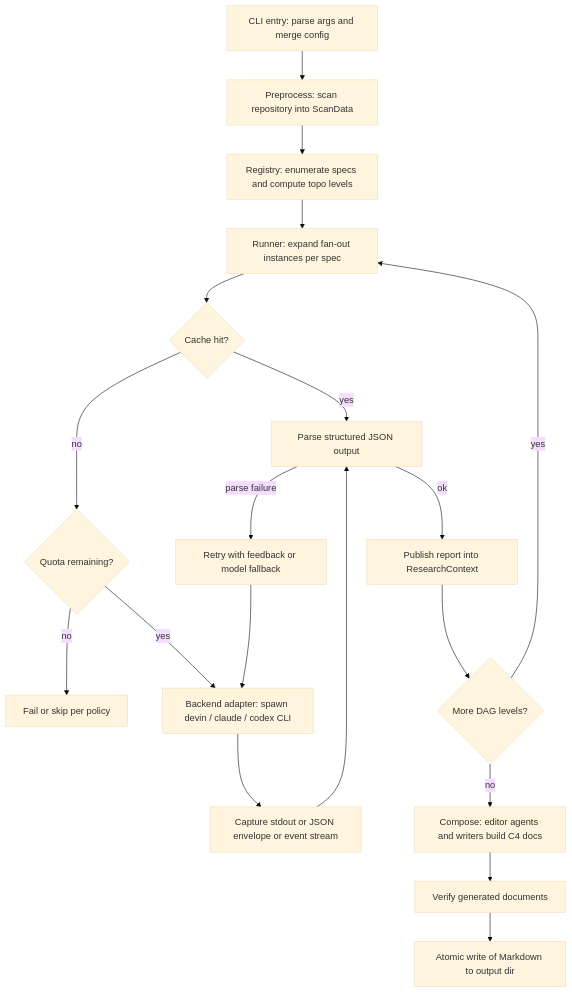
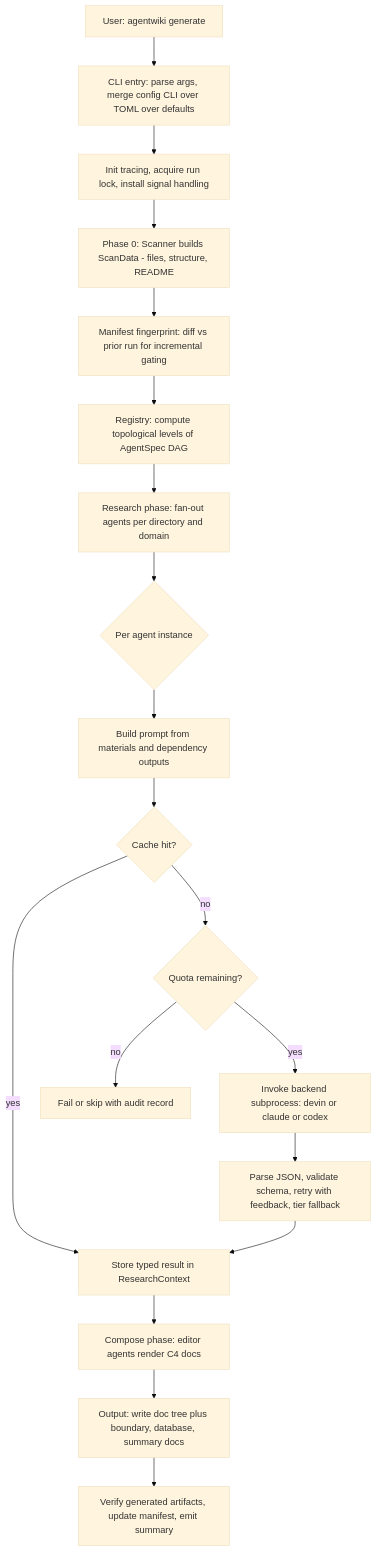
The first of 4 diagrams in docs/vi/3.Workflow.md (tidusvn05/agentwiki), drawn with Mermaid (base theme) before and after one commit. The commit also changed other lines of this file and 41 other files, not shown here.

````diff
--- a/docs/vi/3.Workflow.md
+++ b/docs/vi/3.Workflow.md
@@ -38,21 +23,21 @@
 ```mermaid
 flowchart TD
-    A[CLI entry: parse args and merge config] --> B[Preprocess: scan repository into ScanData]
-    B --> C[Registry: enumerate specs and compute topo levels]
-    C --> D[Runner: expand fan-out instances per spec]
-    D --> E{Cache hit?}
-    E -->|yes| H[Parse structured JSON output]
-    E -->|no| F{Quota remaining?}
-    F -->|no| F1[Fail or skip per policy]
-    F -->|yes| G[Backend adapter: spawn devin / claude / codex CLI]
-    G --> G1[Capture stdout or JSON envelope or event stream]
-    G1 --> H
-    H -->|parse failure| I[Retry with feedback or model fallback]
-    I --> G
-    H -->|ok| J[Publish report into ResearchContext]
-    J --> K{More DAG levels?}
-    K -->|yes| D
-    K -->|no| L[Compose: editor agents and writers build C4 docs]
-    L --> M[Verify generated documents]
-    M --> N[Atomic write of Markdown to output dir]
+    A[User: agentwiki generate] --> B[CLI entry: parse args, merge config CLI over TOML over defaults]
+    B --> C[Init tracing, acquire run lock, install signal handling]
+    C --> D[Phase 0: Scanner builds ScanData - files, structure, README]
+    D --> E[Manifest fingerprint: diff vs prior run for incremental gating]
+    E --> F[Registry: compute topological levels of AgentSpec DAG]
+    F --> G[Research phase: fan-out agents per directory and domain]
+    G --> H{Per agent instance}
+    H --> H1[Build prompt from materials and dependency outputs]
+    H1 --> H2{Cache hit?}
+    H2 -- yes --> H5[Store typed result in ResearchContext]
+    H2 -- no --> H3{Quota remaining?}
+    H3 -- no --> HX[Fail or skip with audit record]
+    H3 -- yes --> H4[Invoke backend subprocess: devin or claude or codex]
+    H4 --> H6[Parse JSON, validate schema, retry with feedback, tier fallback]
+    H6 --> H5
+    H5 --> I[Compose phase: editor agents render C4 docs]
+    I --> J[Output: write doc tree plus boundary, database, summary docs]
+    J --> K[Verify generated artifacts, update manifest, emit summary]
 ```
````
